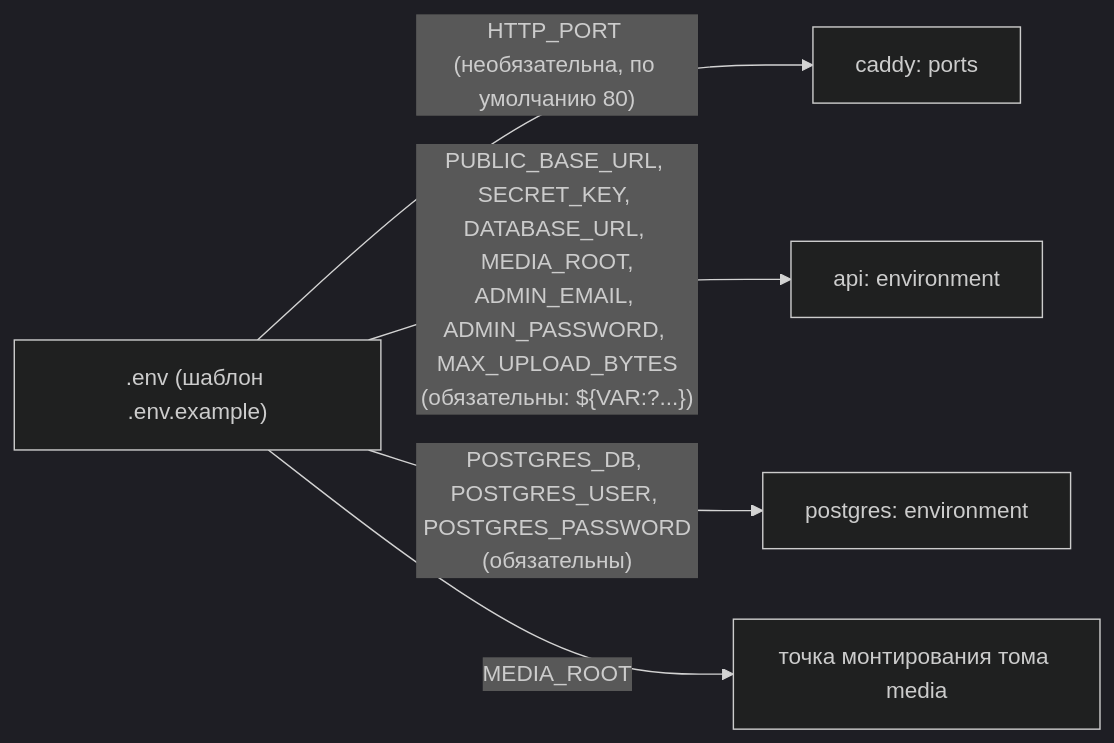
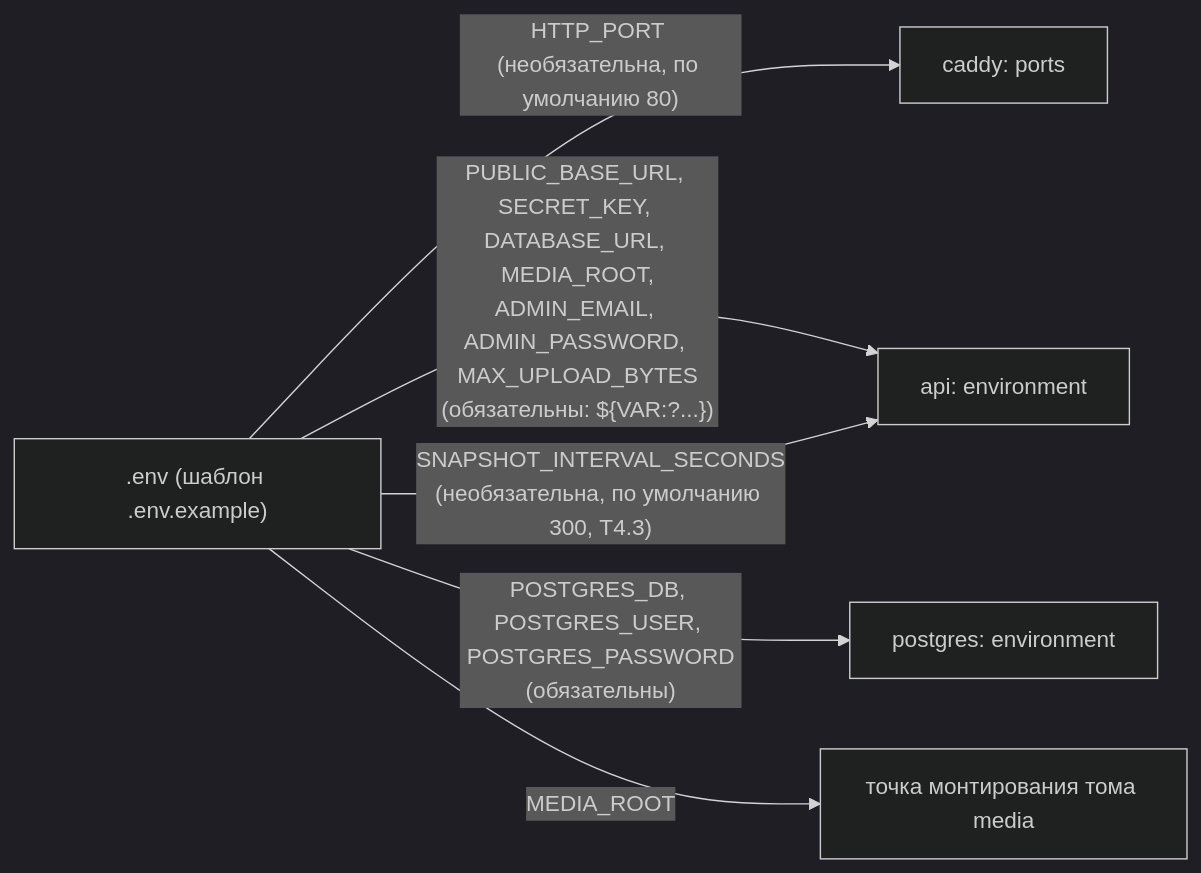
One commit to shumakove/myboard changed the second of 3 diagrams in uml/deployment.md. Above: the diagram before and after it, drawn with Mermaid (dark theme). The commit also changed other lines of this file and 8 other files, not shown here.

Commit message:
T4.3: Обновить UML-схемы журнала, снимков и корзины

````diff
--- a/uml/deployment.md
+++ b/uml/deployment.md
@@ -44,8 +44,9 @@
 ```mermaid
 flowchart LR
   env[".env (шаблон .env.example)"]
   env -->|"HTTP_PORT (необязательна, по умолчанию 80)"| caddy[caddy: ports]
   env -->|"PUBLIC_BASE_URL, SECRET_KEY, DATABASE_URL, MEDIA_ROOT,<br/>ADMIN_EMAIL, ADMIN_PASSWORD, MAX_UPLOAD_BYTES<br/>(обязательны: ${VAR:?...})"| api[api: environment]
+  env -->|"SNAPSHOT_INTERVAL_SECONDS<br/>(необязательна, по умолчанию 300, T4.3)"| api
   env -->|"POSTGRES_DB, POSTGRES_USER, POSTGRES_PASSWORD<br/>(обязательны)"| postgres[postgres: environment]
   env -->|"MEDIA_ROOT"| vol[точка монтирования тома media]
 ```
````
